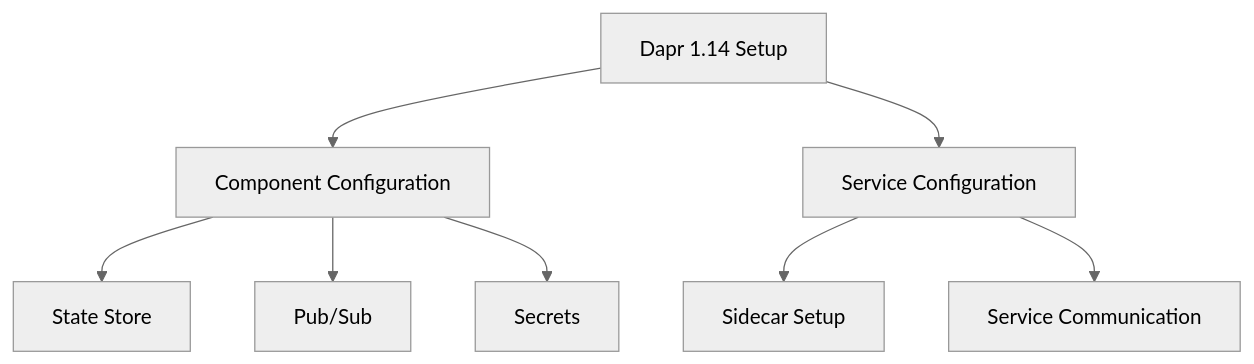
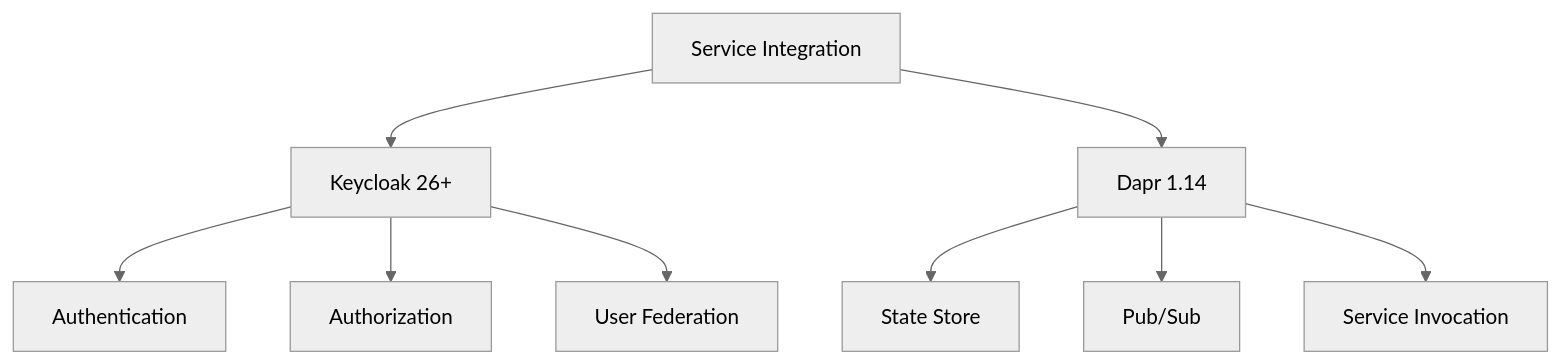
One commit to jihadajUAEU/bluemeshv2 changed the second of 7 diagrams in IMPLEMENTATION.md. Above: the diagram before and after it, drawn with Mermaid (neutral theme). The commit also changed other lines of this file and 1 other file, not shown here.

Commit message:
Enhance README.md with detailed Integration Layer architecture, security features, and Keycloak configuration instructions

````diff
--- a/IMPLEMENTATION.md
+++ b/IMPLEMENTATION.md
@@ -50,10 +75,13 @@
 ```mermaid
 graph TD
-    A[Dapr 1.14 Setup] --> B[Component Configuration]
-    B --> C[State Store]
-    B --> D[Pub/Sub]
-    B --> E[Secrets]
-    A --> F[Service Configuration]
-    F --> G[Sidecar Setup]
-    F --> H[Service Communication]
+    A[Service Integration] --> B[Keycloak 26+]
+    A --> C[Dapr 1.14]
+    
+    B --> D[Authentication]
+    B --> E[Authorization]
+    B --> F[User Federation]
+    
+    C --> G[State Store]
+    C --> H[Pub/Sub]
+    C --> I[Service Invocation]
 ```
````
